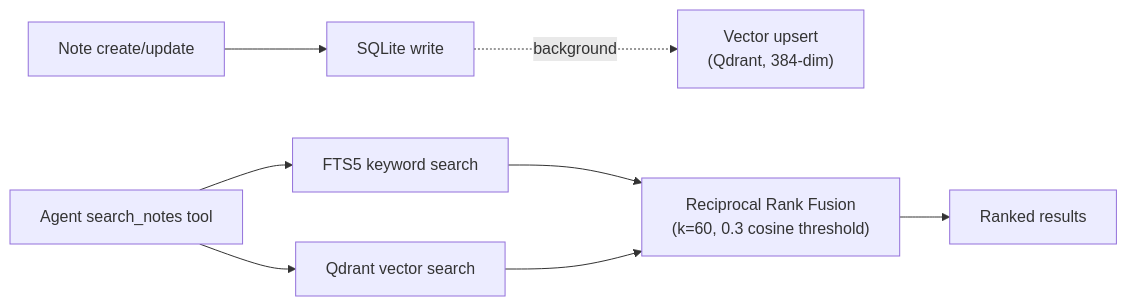
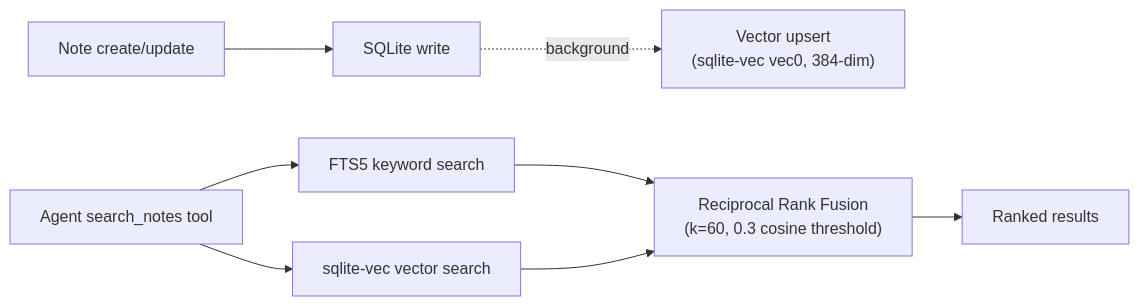
One commit to rushikeshjaisur11/dhwani changed the third of 3 diagrams in docs/data-flow.md. Above: the diagram before and after it, drawn with Mermaid. The commit also changed other lines of this file and 6 other files, not shown here.

First line of the commit message:
docs: optimization.md + slim roadmap, purge stale Qdrant references

````diff
--- a/docs/data-flow.md
+++ b/docs/data-flow.md
@@ -96,10 +97,10 @@
 ```mermaid
 flowchart LR
     Note["Note create/update"] --> SQLite["SQLite write"]
-    SQLite -.background.-> Vector["Vector upsert<br/>(Qdrant, 384-dim)"]
+    SQLite -.background.-> Vector["Vector upsert<br/>(sqlite-vec vec0, 384-dim)"]
     Query["Agent search_notes tool"] --> FTS["FTS5 keyword search"]
-    Query --> VSearch["Qdrant vector search"]
+    Query --> VSearch["sqlite-vec vector search"]
     FTS --> RRF["Reciprocal Rank Fusion<br/>(k=60, 0.3 cosine threshold)"]
     VSearch --> RRF
     RRF --> Results["Ranked results"]
 ```
````
